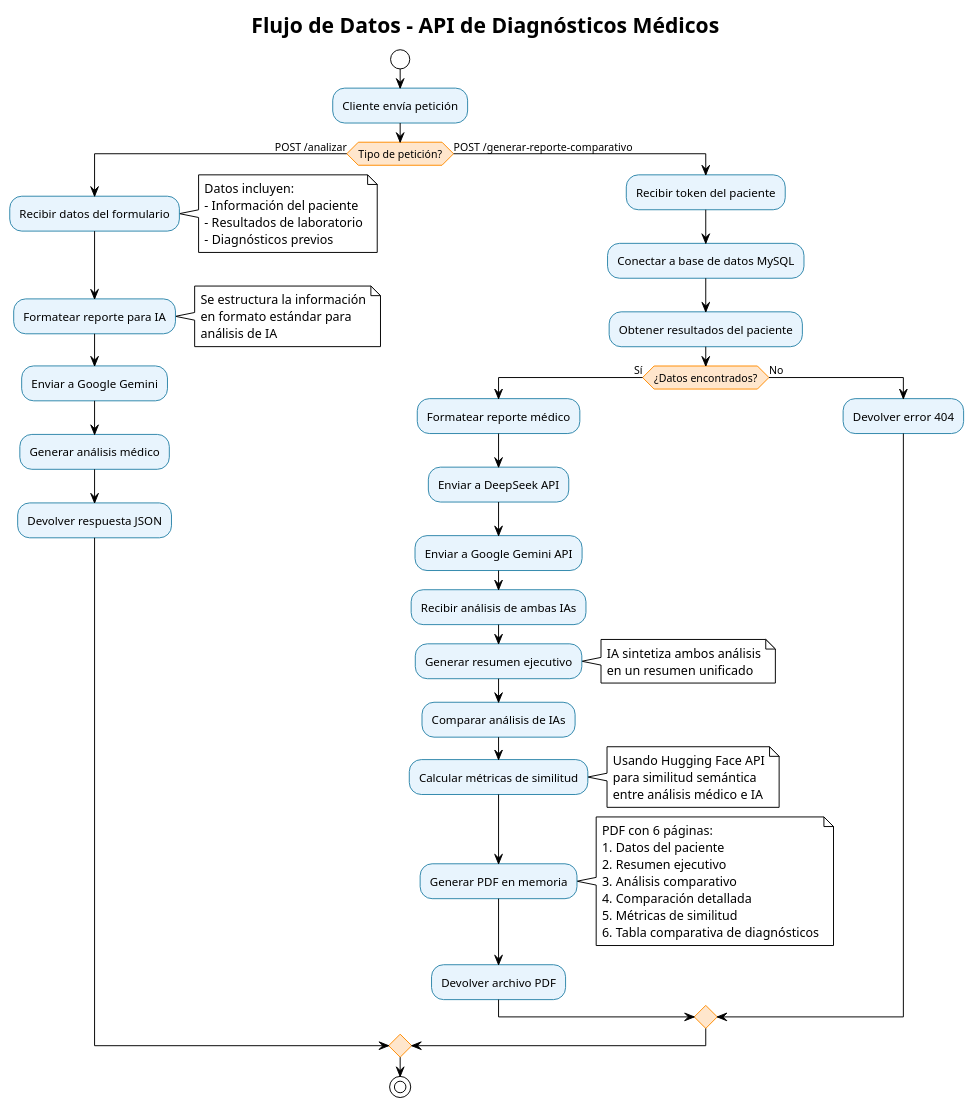
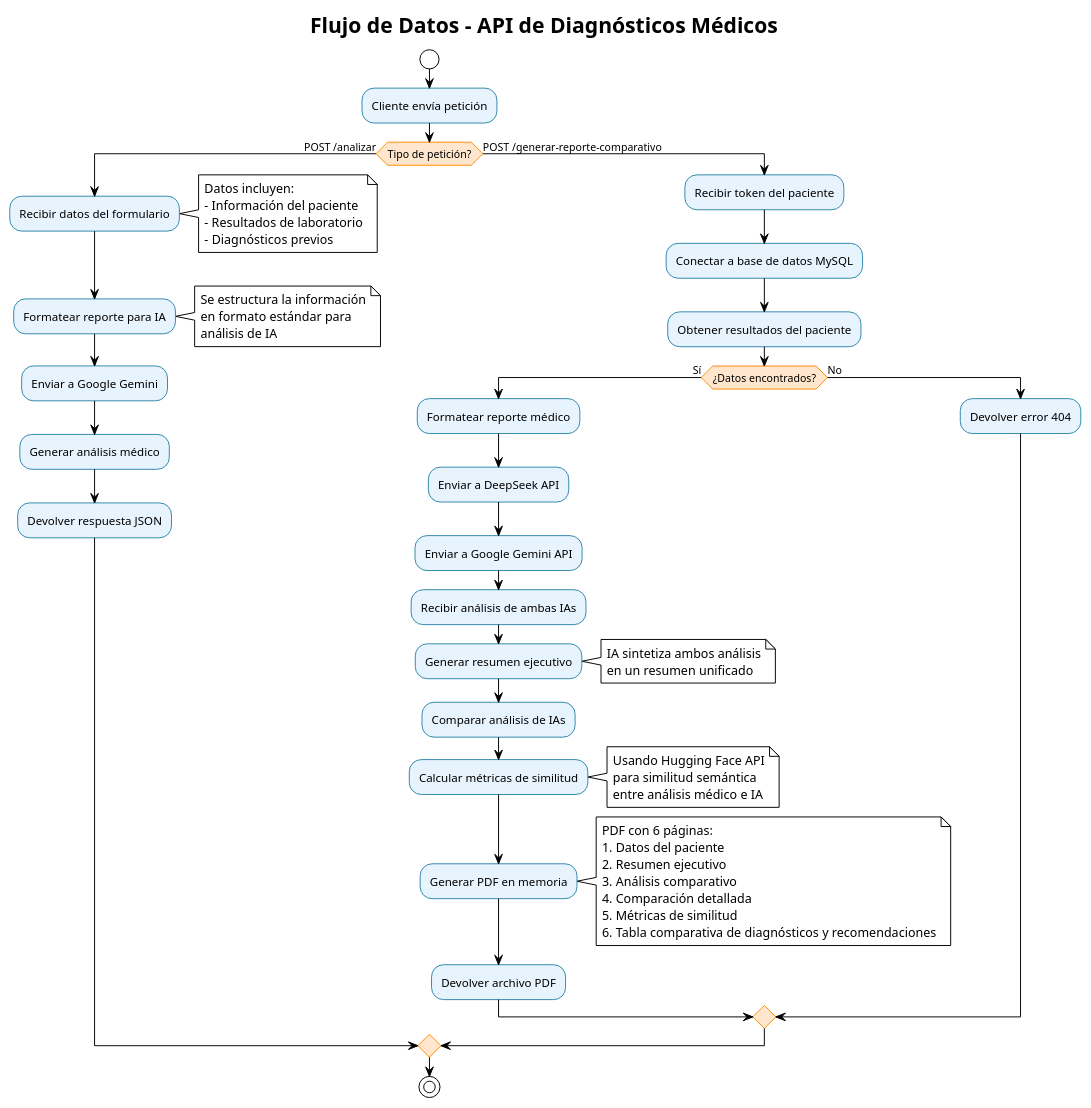
One commit to sergio-sanguinetti/api_diagnosticos changed the diagram in diagramas/02_flujo_datos.puml. Above: the diagram before and after it, drawn with PlantUML. The commit also changed 4 other files, not shown here.

```diff
--- a/diagramas/02_flujo_datos.puml
+++ b/diagramas/02_flujo_datos.puml
@@ -1,80 +1,80 @@
 @startuml Flujo de Datos del Sistema
 !theme plain
 skinparam backgroundColor #FFFFFF
 skinparam activityBackgroundColor #E8F4FD
 skinparam activityBorderColor #2E86AB
 skinparam activityDiamondBackgroundColor #FFE6CC
 skinparam activityDiamondBorderColor #FF8C00
 
 title Flujo de Datos - API de Diagnósticos Médicos
 
 start
 
 :Cliente envía petición;
 
 if (Tipo de petición?) then (POST /analizar)
     :Recibir datos del formulario;
     note right
         Datos incluyen:
         - Información del paciente
         - Resultados de laboratorio
         - Diagnósticos previos
     end note
     
     :Formatear reporte para IA;
     note right
         Se estructura la información
         en formato estándar para
         análisis de IA
     end note
     
     :Enviar a Google Gemini;
     :Generar análisis médico;
     :Devolver respuesta JSON;
     
 else (POST /generar-reporte-comparativo)
     :Recibir token del paciente;
     :Conectar a base de datos MySQL;
     :Obtener resultados del paciente;
     
     if (¿Datos encontrados?) then (Sí)
         :Formatear reporte médico;
         :Enviar a DeepSeek API;
         :Enviar a Google Gemini API;
         :Recibir análisis de ambas IAs;
         
         :Generar resumen ejecutivo;
         note right
             IA sintetiza ambos análisis
             en un resumen unificado
         end note
         
         :Comparar análisis de IAs;
         :Calcular métricas de similitud;
         note right
             Usando Hugging Face API
             para similitud semántica
             entre análisis médico e IA
         end note
         
         :Generar PDF en memoria;
         note right
             PDF con 6 páginas:
             1. Datos del paciente
             2. Resumen ejecutivo
             3. Análisis comparativo
             4. Comparación detallada
             5. Métricas de similitud
-            6. Tabla comparativa de diagnósticos
+            6. Tabla comparativa de diagnósticos y recomendaciones
         end note
         
         :Devolver archivo PDF;
         
     else (No)
         :Devolver error 404;
     endif
 endif
 
 stop
 
 @enduml
```
